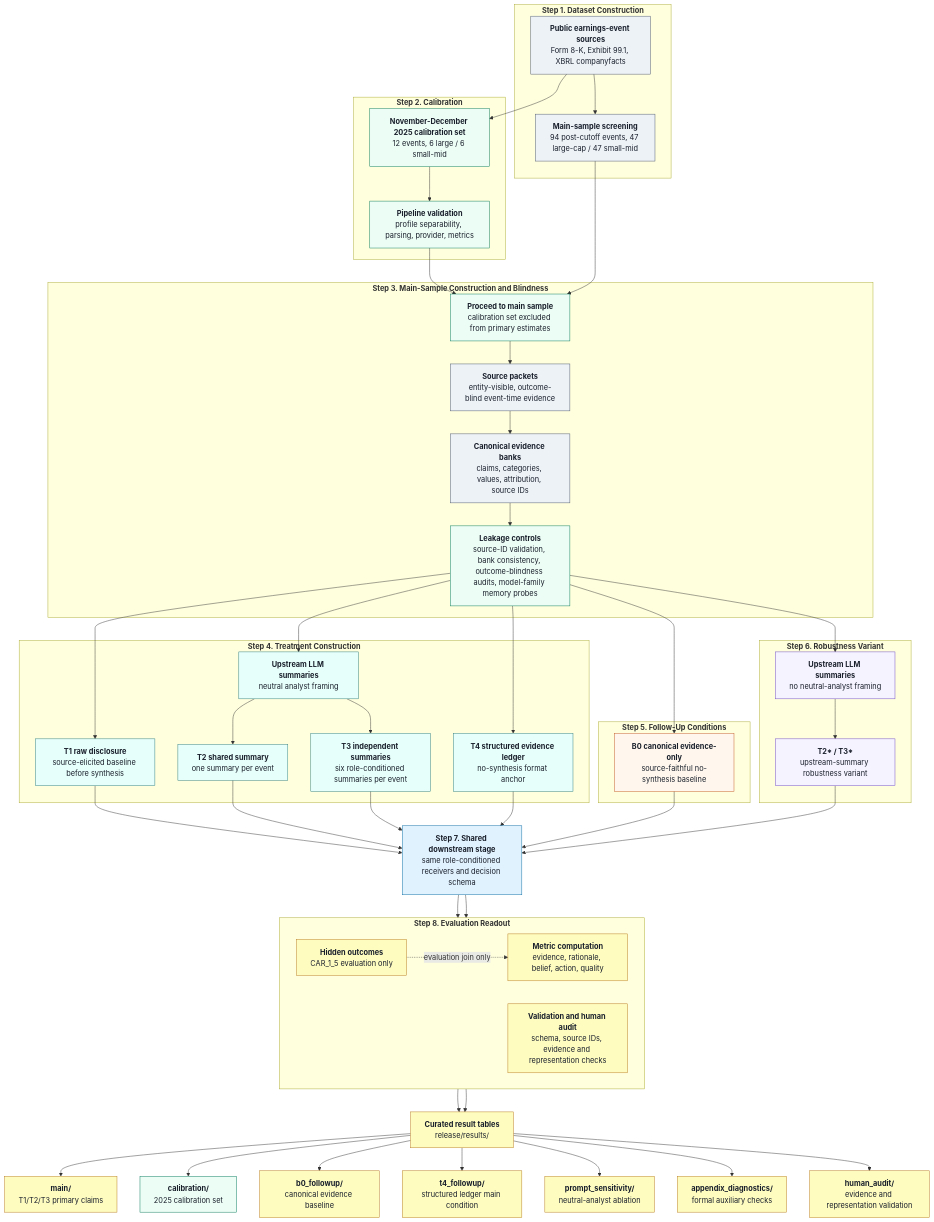
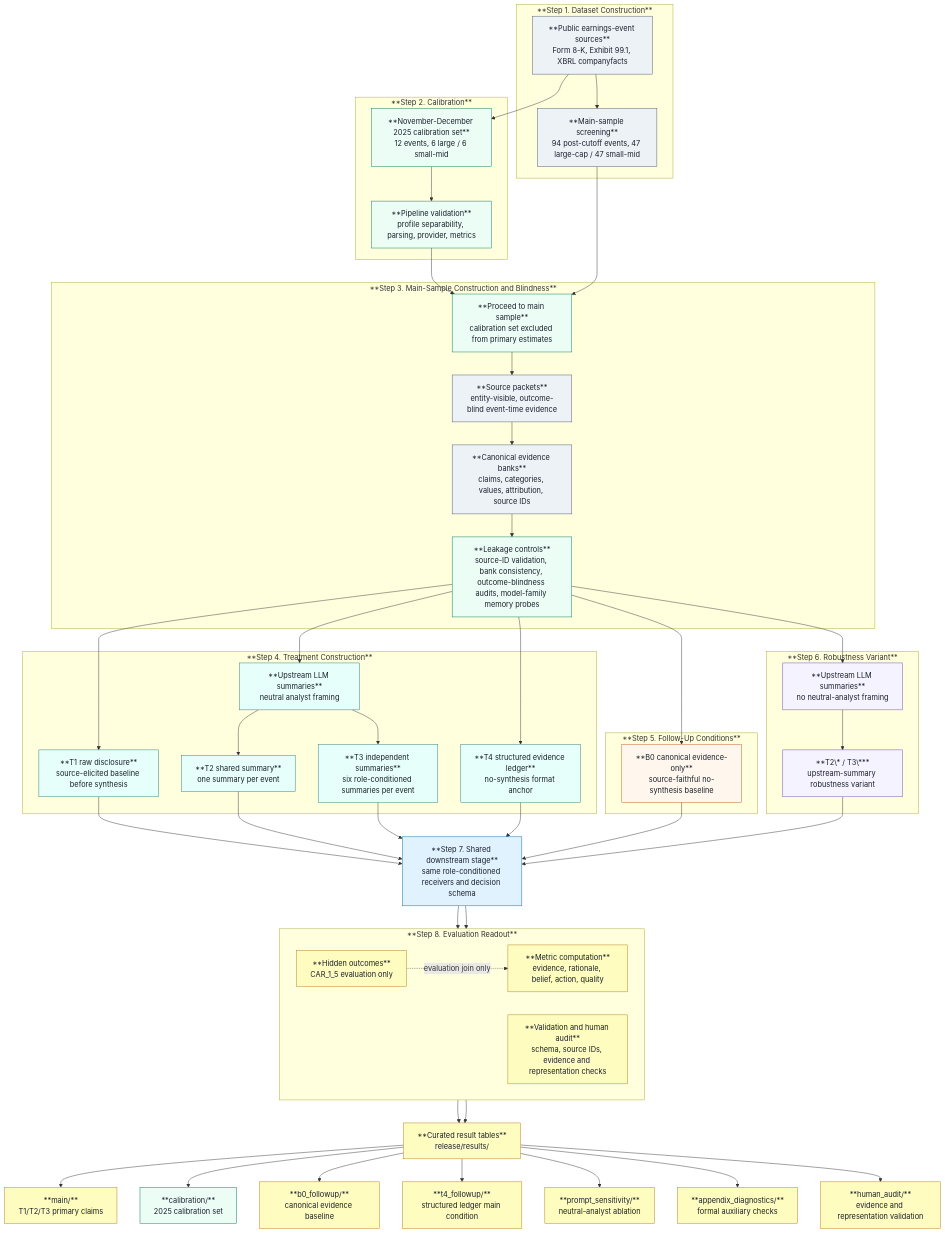
One commit to Eric0801/Faithful-to-the-Frame changed the diagram in README.md. Above: the diagram before and after it, drawn with Mermaid. The commit also changed other lines of this file, not shown here.

Commit message:
docs: use mermaid markdown bold labels

````diff
--- a/README.md
+++ b/README.md
@@ -36,77 +36,77 @@
 ```mermaid
 flowchart TD
-    subgraph Data["<b>Step 1. Dataset Construction</b>"]
-        A["<b>Public earnings-event sources</b><br/>Form 8-K, Exhibit 99.1, XBRL companyfacts"] --> B["<b>Main-sample screening</b><br/>94 post-cutoff events, 47 large-cap / 47 small-mid"]
+    subgraph Data["**Step 1. Dataset Construction**"]
+        A["**Public earnings-event sources**<br/>Form 8-K, Exhibit 99.1, XBRL companyfacts"] --> B["**Main-sample screening**<br/>94 post-cutoff events, 47 large-cap / 47 small-mid"]
     end
 
-    subgraph Cal["<b>Step 2. Calibration</b>"]
-        A --> HC["<b>November-December 2025 calibration set</b><br/>12 events, 6 large / 6 small-mid"]
-        HC --> HD["<b>Pipeline validation</b><br/>profile separability, parsing, provider, metrics"]
+    subgraph Cal["**Step 2. Calibration**"]
+        A --> HC["**November-December 2025 calibration set**<br/>12 events, 6 large / 6 small-mid"]
+        HC --> HD["**Pipeline validation**<br/>profile separability, parsing, provider, metrics"]
     end
 
-    subgraph MainBuild["<b>Step 3. Main-Sample Construction and Blindness</b>"]
-        HD --> G["<b>Proceed to main sample</b><br/>calibration set excluded from primary estimates"]
+    subgraph MainBuild["**Step 3. Main-Sample Construction and Blindness**"]
+        HD --> G["**Proceed to main sample**<br/>calibration set excluded from primary estimates"]
         B --> G
-        G --> C["<b>Source packets</b><br/>entity-visible, outcome-blind event-time evidence"]
-        C --> D["<b>Canonical evidence banks</b><br/>claims, categories, values, attribution, source IDs"]
-        D --> LS["<b>Leakage controls</b><br/>source-ID validation, bank consistency, outcome-blindness audits, model-family memory probes"]
+        G --> C["**Source packets**<br/>entity-visible, outcome-blind event-time evidence"]
+        C --> D["**Canonical evidence banks**<br/>claims, categories, values, attribution, source IDs"]
+        D --> LS["**Leakage controls**<br/>source-ID validation, bank consistency, outcome-blindness audits, model-family memory probes"]
     end
 
-    subgraph Main["<b>Step 4. Treatment Construction</b>"]
-        LS --> T1["<b>T1 raw disclosure</b><br/>source-elicited baseline before synthesis"]
-        LS --> U["<b>Upstream LLM summaries</b><br/>neutral analyst framing"]
-        U --> T2["<b>T2 shared summary</b><br/>one summary per event"]
-        U --> T3["<b>T3 independent summaries</b><br/>six role-conditioned summaries per event"]
-        LS --> T4["<b>T4 structured evidence ledger</b><br/>no-synthesis format anchor"]
+    subgraph Main["**Step 4. Treatment Construction**"]
+        LS --> T1["**T1 raw disclosure**<br/>source-elicited baseline before synthesis"]
+        LS --> U["**Upstream LLM summaries**<br/>neutral analyst framing"]
+        U --> T2["**T2 shared summary**<br/>one summary per event"]
+        U --> T3["**T3 independent summaries**<br/>six role-conditioned summaries per event"]
+        LS --> T4["**T4 structured evidence ledger**<br/>no-synthesis format anchor"]
     end
 
-    subgraph Follow["<b>Step 5. Follow-Up Conditions</b>"]
-        LS --> B0["<b>B0 canonical evidence-only</b><br/>source-faithful no-synthesis baseline"]
+    subgraph Follow["**Step 5. Follow-Up Conditions**"]
+        LS --> B0["**B0 canonical evidence-only**<br/>source-faithful no-synthesis baseline"]
     end
 
-    subgraph Robust["<b>Step 6. Robustness Variant</b>"]
-        LS --> US["<b>Upstream LLM summaries</b><br/>no neutral-analyst framing"]
-        US --> S["<b>T2* / T3*</b><br/>upstream-summary robustness variant"]
+    subgraph Robust["**Step 6. Robustness Variant**"]
+        LS --> US["**Upstream LLM summaries**<br/>no neutral-analyst framing"]
+        US --> S["**T2\* / T3\***<br/>upstream-summary robustness variant"]
     end
 
-    T1 --> R["<b>Step 7. Shared downstream stage</b><br/>same role-conditioned receivers and decision schema"]
+    T1 --> R["**Step 7. Shared downstream stage**<br/>same role-conditioned receivers and decision schema"]
     T2 --> R
     T3 --> R
     T4 --> R
     B0 --> R
     S --> R
 
-    subgraph Readout["<b>Step 8. Evaluation Readout</b>"]
+    subgraph Readout["**Step 8. Evaluation Readout**"]
         direction LR
-        H["<b>Hidden outcomes</b><br/>CAR_1_5 evaluation only"] -. "evaluation join only" .-> M["<b>Metric computation</b><br/>evidence, rationale, belief, action, quality"]
-        V["<b>Validation and human audit</b><br/>schema, source IDs, evidence and representation checks"]
+        H["**Hidden outcomes**<br/>CAR_1_5 evaluation only"] -. "evaluation join only" .-> M["**Metric computation**<br/>evidence, rationale, belief, action, quality"]
+        V["**Validation and human audit**<br/>schema, source IDs, evidence and representation checks"]
     end
 
     R --> M
     R --> V
-    M --> O["<b>Curated result tables</b><br/>release/results/"]
+    M --> O["**Curated result tables**<br/>release/results/"]
     V --> O
 
-    O --> OM["<b>main/</b><br/>T1/T2/T3 primary claims"]
-    O --> OC["<b>calibration/</b><br/>2025 calibration set"]
-    O --> OB["<b>b0_followup/</b><br/>canonical evidence baseline"]
-    O --> OT["<b>t4_followup/</b><br/>structured ledger main condition"]
-    O --> OS["<b>prompt_sensitivity/</b><br/>neutral-analyst ablation"]
-    O --> OA["<b>appendix_diagnostics/</b><br/>formal auxiliary checks"]
-    O --> OH["<b>human_audit/</b><br/>evidence and representation validation"]
+    O --> OM["**main/**<br/>T1/T2/T3 primary claims"]
+    O --> OC["**calibration/**<br/>2025 calibration set"]
+    O --> OB["**b0_followup/**<br/>canonical evidence baseline"]
+    O --> OT["**t4_followup/**<br/>structured ledger main condition"]
+    O --> OS["**prompt_sensitivity/**<br/>neutral-analyst ablation"]
+    O --> OA["**appendix_diagnostics/**<br/>formal auxiliary checks"]
+    O --> OH["**human_audit/**<br/>evidence and representation validation"]
 
     classDef data fill:#edf2f7,stroke:#4a5568,color:#1a202c;
     classDef cal fill:#ecfdf5,stroke:#047857,color:#1a202c;
     classDef main fill:#e6fffa,stroke:#2c7a7b,color:#1a202c;
     classDef follow fill:#fff7ed,stroke:#c05621,color:#1a202c;
     classDef robust fill:#f5f3ff,stroke:#6b46c1,color:#1a202c;
     classDef downstream fill:#e0f2fe,stroke:#0369a1,color:#1a202c;
     classDef eval fill:#fefcbf,stroke:#b7791f,color:#1a202c;
     class A,B,C,D data;
     class HC,HD,G,LS,OC cal;
     class T1,U,T2,T3,T4 main;
     class B0 follow;
     class US,S robust;
     class R downstream;
     class H,M,V,O,OM,OB,OT,OS,OA,OH eval;
 ```
````
